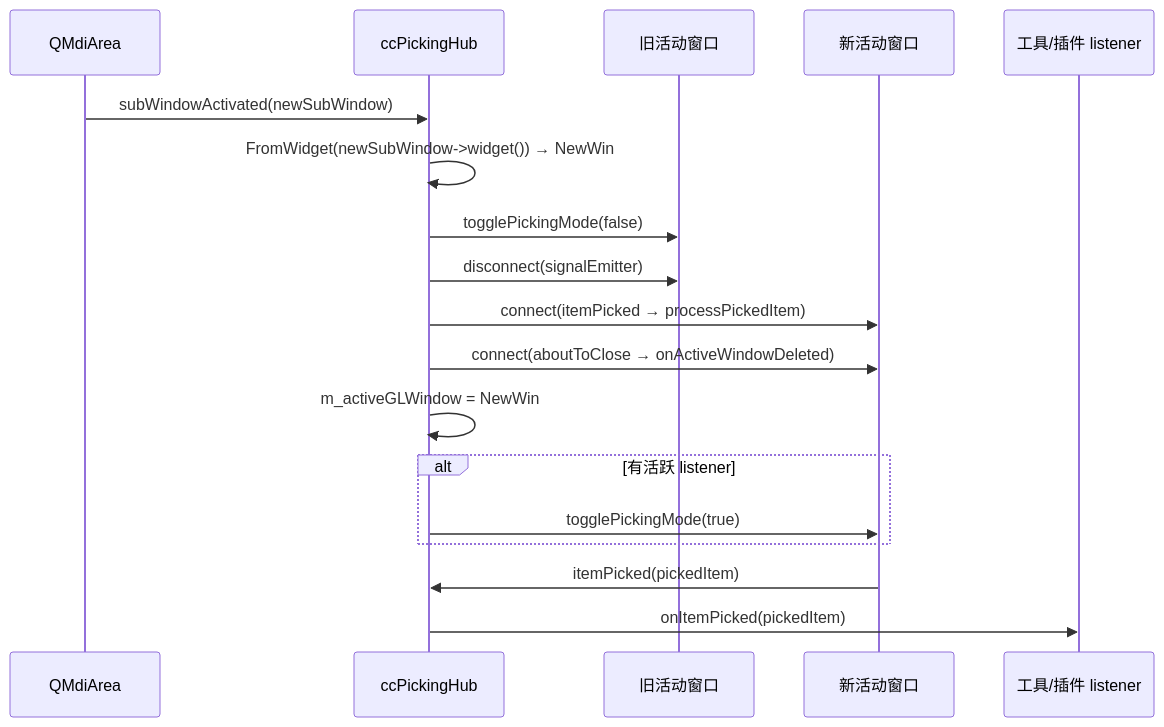
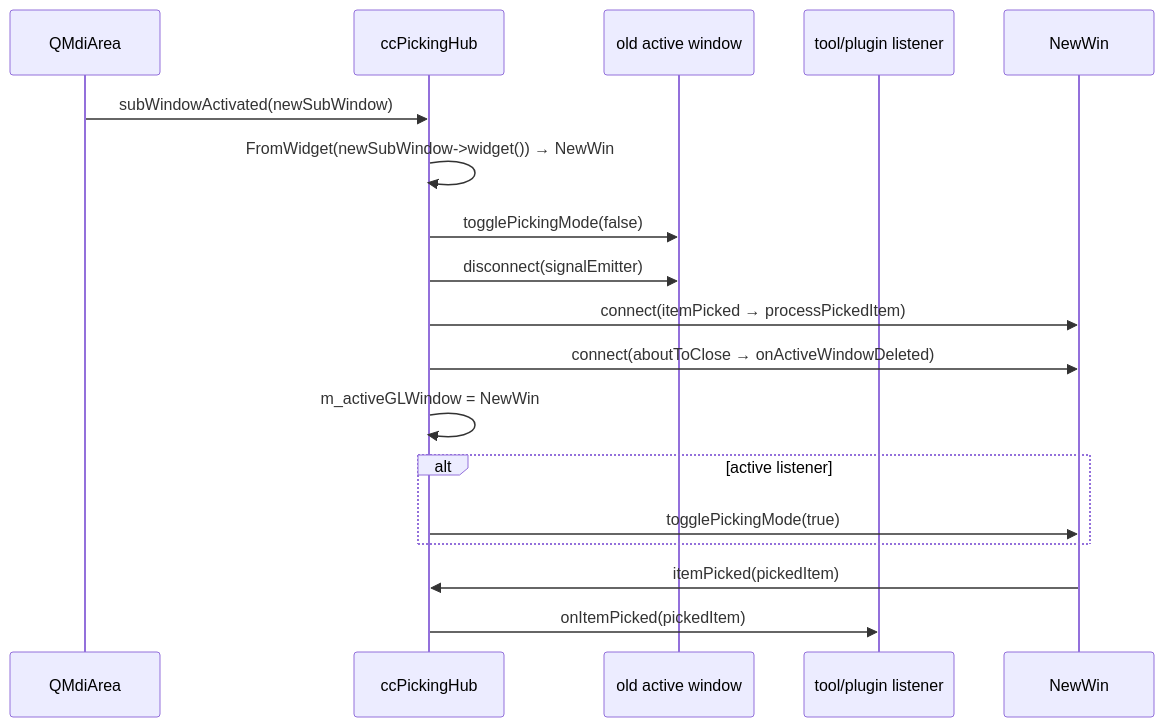
One commit to Asher-1/ACloudViewer changed the second of 10 diagrams in docs/user-guide/multi-window-paradigms-CloudCompare-ParaView.md. Above: the diagram before and after it, drawn with Mermaid. The commit also changed other lines of this file and 74 other files, not shown here.

````diff
--- a/docs/user-guide/multi-window-paradigms-CloudCompare-ParaView.md
+++ b/docs/user-guide/multi-window-paradigms-CloudCompare-ParaView.md
@@ -166,21 +166,21 @@
 ```mermaid
 sequenceDiagram
   participant MDI as QMdiArea
   participant Hub as ccPickingHub
-  participant OldWin as 旧活动窗口
-  participant NewWin as 新活动窗口
-  participant Tool as 工具/插件 listener
+  participant OldWin as old active window
+  participant Tool as tool/plugin listener
+  participant Tool as tool/plugin listener
 
   MDI->>Hub: subWindowActivated(newSubWindow)
   Hub->>Hub: FromWidget(newSubWindow->widget()) → NewWin
   Hub->>OldWin: togglePickingMode(false)
   Hub->>OldWin: disconnect(signalEmitter)
   Hub->>NewWin: connect(itemPicked → processPickedItem)
   Hub->>NewWin: connect(aboutToClose → onActiveWindowDeleted)
   Hub->>Hub: m_activeGLWindow = NewWin
-  alt 有活跃 listener
+  alt active listener
     Hub->>NewWin: togglePickingMode(true)
   end
   NewWin->>Hub: itemPicked(pickedItem)
   Hub->>Tool: onItemPicked(pickedItem)
 ```
````
